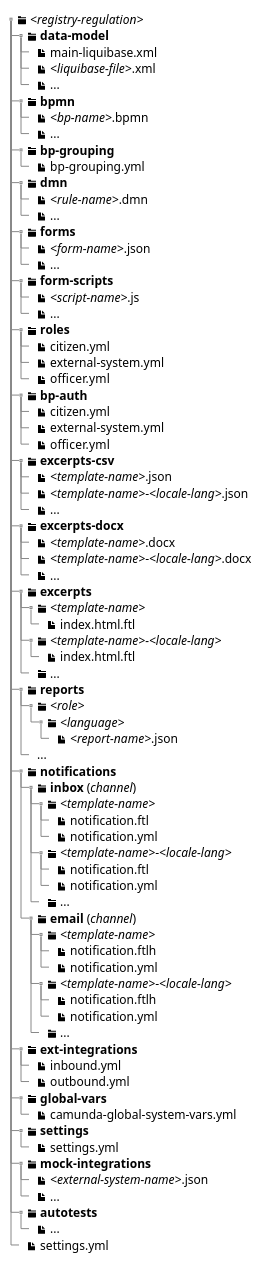
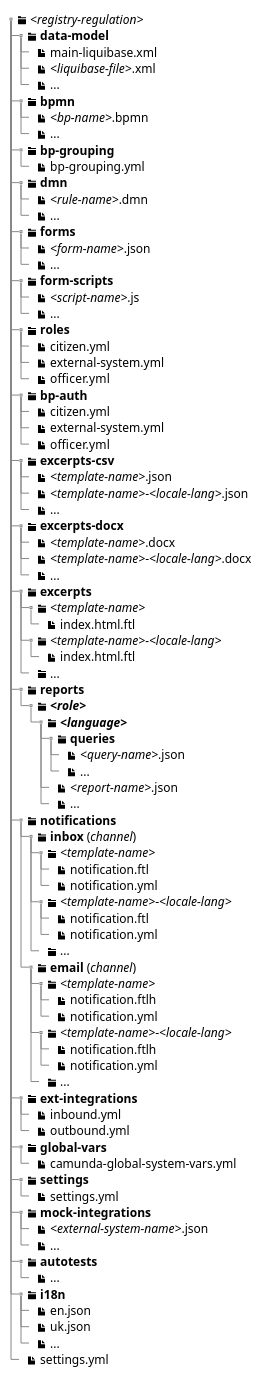
The diagram in docs/en/modules/arch/pages/architecture/registry/administrative/regulation-management/registry-regulation/registry-regulation.adoc (epam/edp-ddm-architecture), drawn with PlantUML before and after one commit. The commit also changed other lines of this file and 3 other files, not shown here.

Commit message:
[EDP-DDM-31281] Update registry regulation architecture documentation with registry-regulations localization

```diff
--- a/docs/en/modules/arch/pages/architecture/registry/administrative/regulation-management/registry-regulation/registry-regulation.adoc
+++ b/docs/en/modules/arch/pages/architecture/registry/administrative/regulation-management/registry-regulation/registry-regulation.adoc
@@ -83,10 +83,13 @@
 ++++ <&file> index.html.ftl
 +++ <&folder> ...
 ++ <&folder> <b>reports</b>
-+++ <&folder> <i><role></i>
-++++ <&folder> <i><language></i>
++++ <&folder> <b><i><role></i></b>
+++++ <&folder> <b><i><language></i></b>
++++++ <&folder> <b>queries</b>
+++++++ <&file> <i><query-name></i>.json
+++++++ <&file> ...
 +++++ <&file> <i><report-name></i>.json
-+++ ...
++++++ <&file> ...
 ++ <&folder> <b>notifications</b>
 +++ <&folder> <b>inbox</b> (<i>channel</i>)
 ++++ <&folder> <i><template-name></i>
@@ -116,6 +119,10 @@
 +++ <&file> ...
 ++ <&folder> <b>autotests</b>
 +++ <&file> ...
+++ <&folder> <b>i18n</b>
++++ <&file> en.json
++++ <&file> uk.json
++++ <&file> ...
 ++ <&file> settings.yml
 }
 }
```
